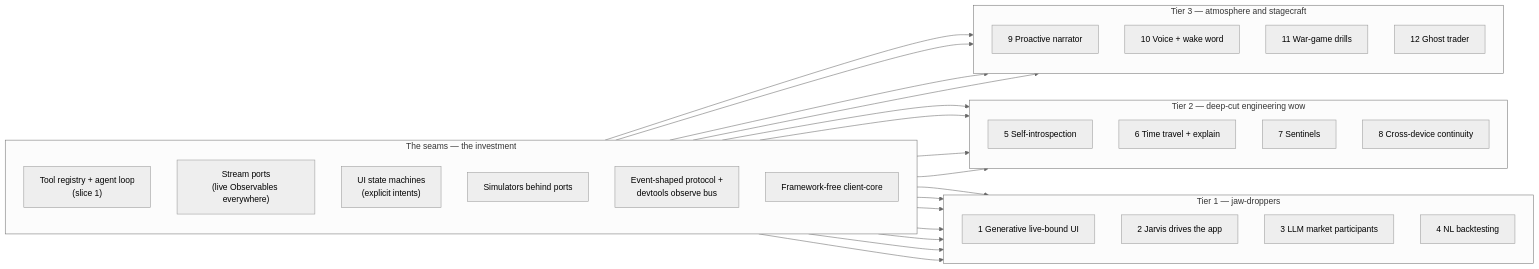
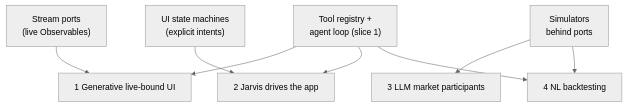
One commit to bettersoftware-io/ReactiveTraderCloudClone changed the first of 4 diagrams in docs/architecture/19-ai-capability-roadmap.md. Above: the diagram before and after it, drawn with Mermaid (neutral theme). The commit also changed other lines of this file, not shown here.

Commit message:
docs(architecture): §19.4 seam map — one narrow diagram per tier
GitHub's mermaid ignores subgraph 'direction TB' when edges cross the
subgraph boundary, so both the LR two-column layout and an invisible-link
cascade still rendered wide. Replaced the single bipartite graph with three
per-tier diagrams (≤4 boxes per rank each, per the house diagram rules);
stacked they read vertically on every renderer, and the tool-registry seam
recurring in all three tiers makes the load-bearing-primitive point visually.

Claude-Session: https://claude.ai/code/session_01PFYZzbZA5tegkHrmjg2H3k

````diff
--- a/docs/architecture/19-ai-capability-roadmap.md
+++ b/docs/architecture/19-ai-capability-roadmap.md
@@ -94,52 +98,20 @@
 ```mermaid
-flowchart LR
-    subgraph seams["The seams — the investment"]
-        direction TB
-        S4["Tool registry + agent loop<br/>(slice 1)"]
-        S1["Stream ports<br/>(live Observables everywhere)"]
-        S2["UI state machines<br/>(explicit intents)"]
-        S3["Simulators behind ports"]
-        S5["Event-shaped protocol +<br/>devtools observe bus"]
-        S6["Framework-free client-core"]
-    end
+flowchart TD
+    S1["Stream ports<br/>(live Observables)"]
+    S2["UI state machines<br/>(explicit intents)"]
+    S3["Simulators<br/>behind ports"]
+    S4["Tool registry +<br/>agent loop (slice 1)"]
 
-    subgraph caps1["Tier 1 — jaw-droppers"]
-        direction TB
-        C1["1 Generative live-bound UI"]
-        C2["2 Jarvis drives the app"]
-        C3["3 LLM market participants"]
-        C4["4 NL backtesting"]
-    end
+    C1["1 Generative live-bound UI"]
+    C2["2 Jarvis drives the app"]
+    C3["3 LLM market participants"]
+    C4["4 NL backtesting"]
 
-    subgraph caps2["Tier 2 — deep-cut engineering wow"]
-        direction TB
-        C5["5 Self-introspection"]
-        C6["6 Time travel + explain"]
-        C7["7 Sentinels"]
-        C8["8 Cross-device continuity"]
-    end
-
-    subgraph caps3["Tier 3 — atmosphere and stagecraft"]
-        direction TB
-        C9["9 Proactive narrator"]
-        C10["10 Voice + wake word"]
-        C11["11 War-game drills"]
-        C12["12 Ghost trader"]
-    end
-
+    S1 --> C1
+    S2 --> C2
+    S3 --> C3
+    S3 --> C4
     S4 --> C1
     S4 --> C2
     S4 --> C4
-    S4 --> C7
-    S4 --> C10
-    S4 --> C12
-    S1 --> C1
-    S1 --> C9
-    S2 --> C2
-    S3 --> C3
-    S3 --> C4
-    S3 --> C11
-    S5 --> C5
-    S5 --> C6
-    S6 --> C8
 ```
````
